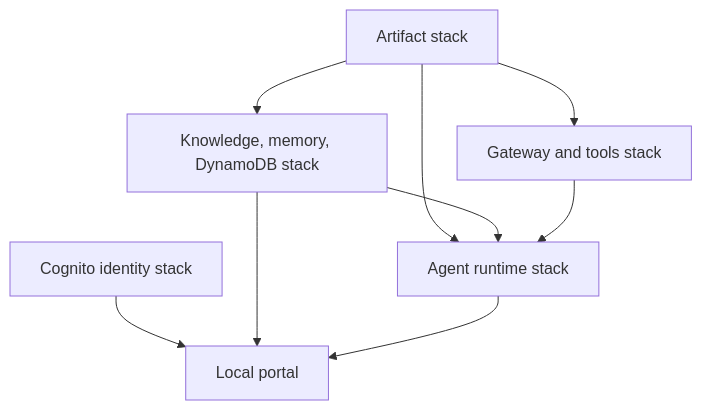
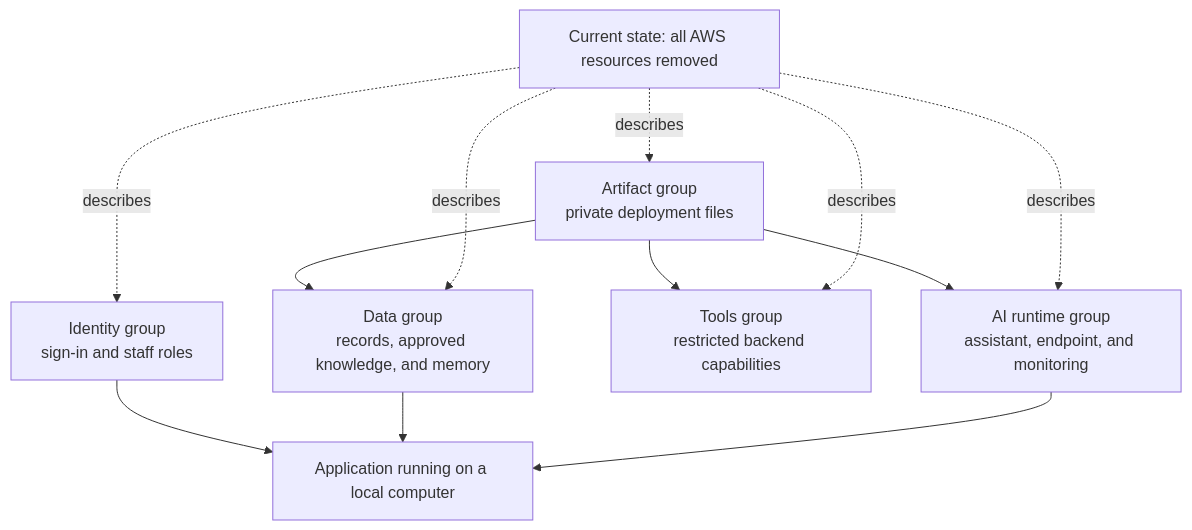
The second of 2 diagrams in README.md (abdalrahmanattya/ai-support-agent), drawn with Mermaid before and after one commit. The commit also changed other lines of this file, not shown here.

````diff
--- a/README.md
+++ b/README.md
@@ -39,16 +113,20 @@
 ```mermaid
 flowchart TB
-  Identity[Cognito identity stack]
-  Bootstrap[Artifact stack]
-  Data[Knowledge, memory, DynamoDB stack]
-  Tools[Gateway and tools stack]
-  Runtime[Agent runtime stack]
+  Status[Current state: all AWS resources removed]
+  Identity[Identity group<br/>sign-in and staff roles]
+  Bootstrap[Artifact group<br/>private deployment files]
+  Data[Data group<br/>records, approved knowledge, and memory]
+  Tools[Tools group<br/>restricted backend capabilities]
+  Runtime[AI runtime group<br/>assistant, endpoint, and monitoring]
   Bootstrap --> Data
   Bootstrap --> Tools
   Bootstrap --> Runtime
-  Data --> Runtime
-  Tools --> Runtime
-  Identity --> Portal[Local portal]
-  Data --> Portal
-  Runtime --> Portal
+  Identity --> App[Application running on a local computer]
+  Data --> App
+  Runtime --> App
+  Status -. describes .-> Identity
+  Status -. describes .-> Bootstrap
+  Status -. describes .-> Data
+  Status -. describes .-> Tools
+  Status -. describes .-> Runtime
 ```
````
